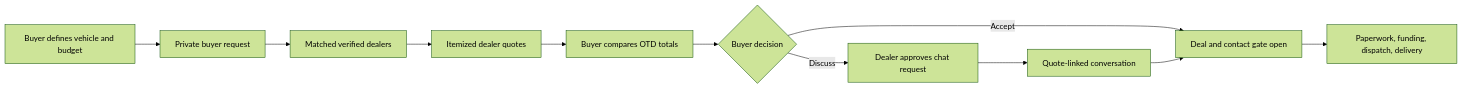
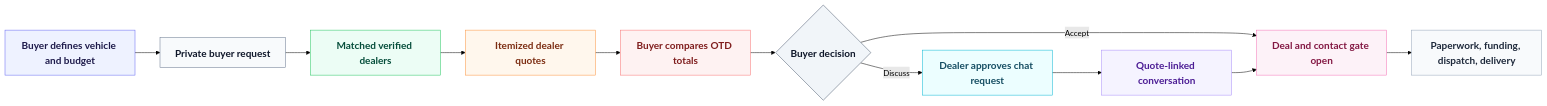
Before and after one commit to 4DM-Technologies/drive-deal-dsu: the first of 3 diagrams in README.md, drawn with Mermaid (forest theme).

Commit message:
updated readme file

````diff
--- a/README.md
+++ b/README.md
@@ -28,13 +28,28 @@
 ```mermaid
 flowchart LR
-    B[Buyer defines vehicle and budget] --> R[Private buyer request]
-    R --> M[Matched verified dealers]
-    M --> Q[Itemized dealer quotes]
-    Q --> C[Buyer compares OTD totals]
-    C --> N{Buyer decision}
-    N -->|Discuss| A[Dealer approves chat request]
-    A --> H[Quote-linked conversation]
-    N -->|Accept| D[Deal and contact gate open]
+    B["Buyer defines vehicle and budget"] --> R["Private buyer request"]
+    R --> M["Matched verified dealers"]
+    M --> Q["Itemized dealer quotes"]
+    Q --> C["Buyer compares OTD totals"]
+    C --> N{"Buyer decision"}
+    N -- "Discuss" --> A["Dealer approves chat request"]
+    A --> H["Quote-linked conversation"]
+    N -- "Accept" --> D["Deal and contact gate open"]
     H --> D
-    D --> F[Paperwork, funding, dispatch, delivery]
+    D --> F["Paperwork, funding, dispatch, delivery"]
+
+    %% style adjustments for readability - larger text
+    style B fill:#eef2ff,stroke:#6366f1,color:#1e1b4b
+    style R fill:#f8fafc,stroke:#64748b,color:#0f172a
+    style M fill:#ecfdf5,stroke:#22c55e,color:#064e3b
+    style Q fill:#fff7ed,stroke:#fb923c,color:#7c2d12
+    style C fill:#fef2f2,stroke:#f87171,color:#7f1d1d
+    style N fill:#f1f5f9,stroke:#475569,color:#0f172a
+    style A fill:#ecfeff,stroke:#06b6d4,color:#164e63
+    style H fill:#f5f3ff,stroke:#a78bfa,color:#4c1d95
+    style D fill:#fdf2f8,stroke:#f472b6,color:#831843
+    style F fill:#f8fafc,stroke:#94a3b8,color:#1e293b
+
+    classDef textLg font-size:20px,font-weight:bold
+    class B,R,M,Q,C,N,A,H,D,F textLg
 ```
````
